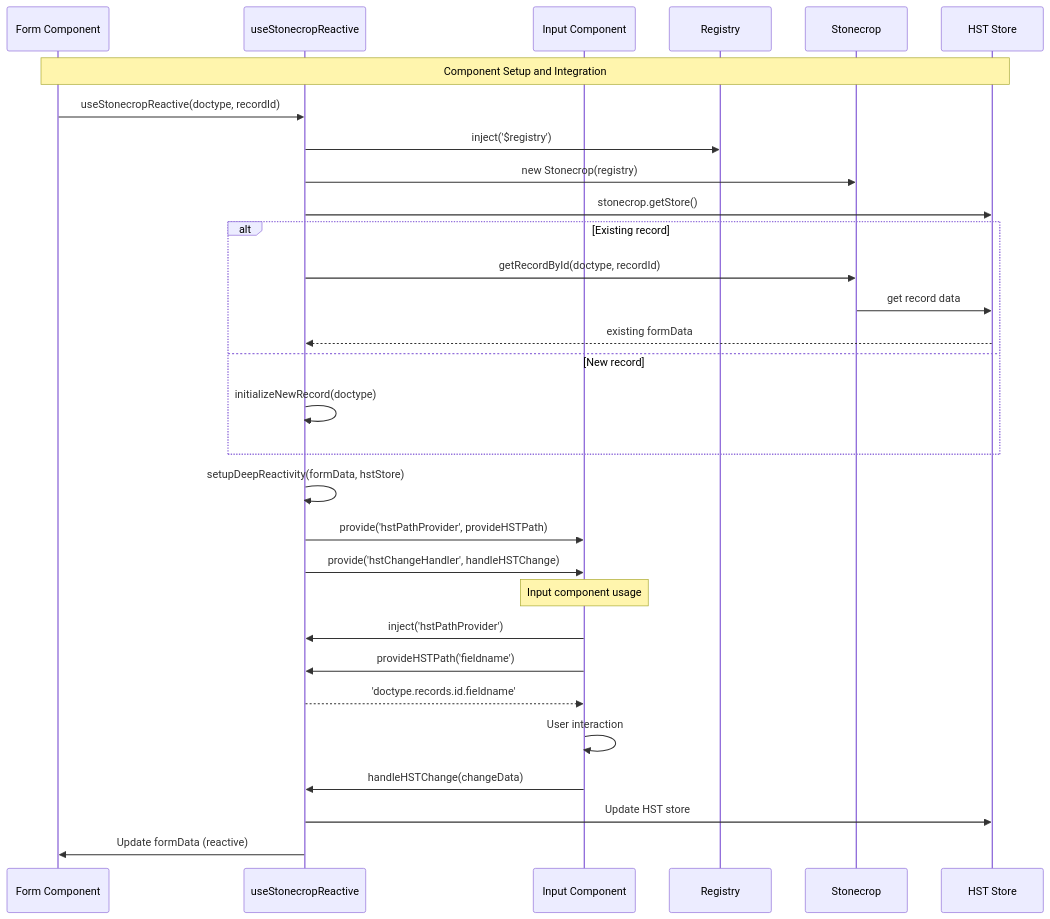
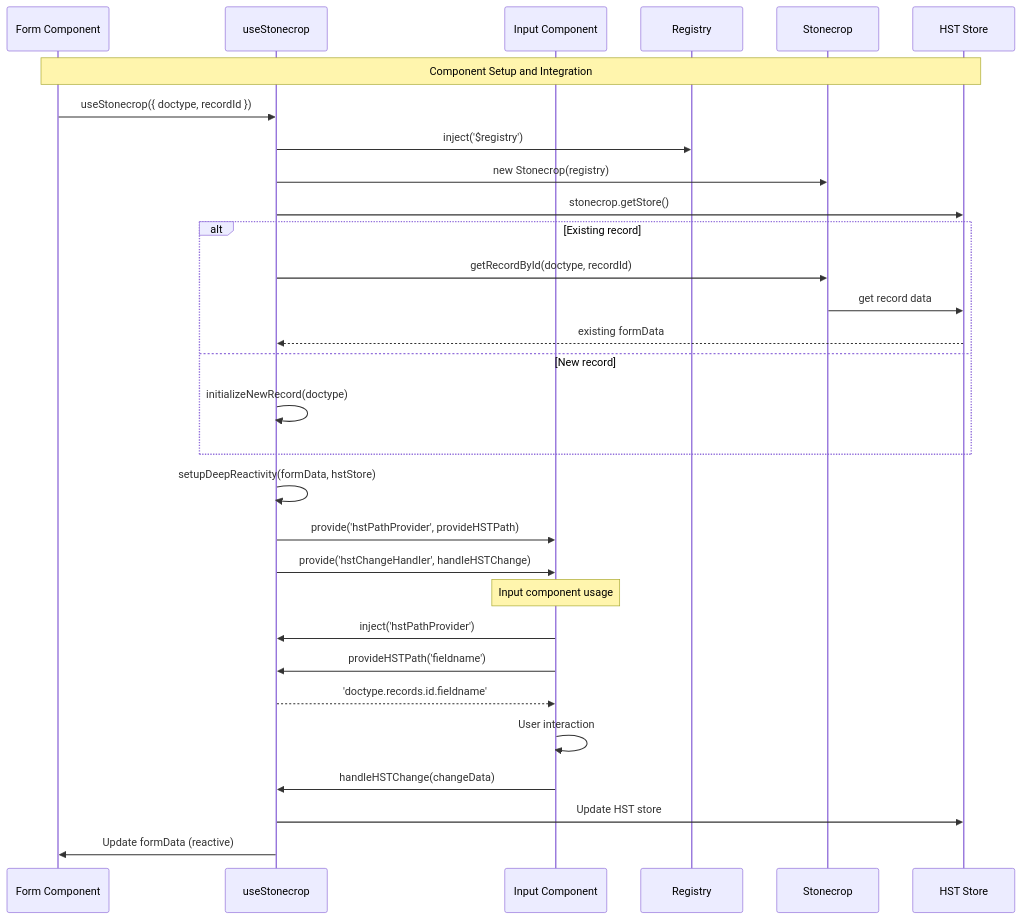
The fourth of 6 diagrams in stonecrop/HST.md (agritheory/stonecrop), drawn with Mermaid before and after one commit. The commit also changed other lines of this file and 8 other files, not shown here.

````diff
--- a/stonecrop/HST.md
+++ b/stonecrop/HST.md
@@ -152,41 +151,41 @@
 ```mermaid
 sequenceDiagram
     participant FC as Form Component
-    participant USR as useStonecropReactive
+    participant US as useStonecrop
     participant IC as Input Component
     participant REG as Registry
     participant SC as Stonecrop
     participant HST as HST Store
 
     Note over FC,HST: Component Setup and Integration
 
-    FC->>USR: useStonecropReactive(doctype, recordId)
+    FC->>US: useStonecrop({ doctype, recordId })
 
-    USR->>REG: inject('$registry')
-    USR->>SC: new Stonecrop(registry)
-    USR->>HST: stonecrop.getStore()
+    US->>REG: inject('$registry')
+    US->>SC: new Stonecrop(registry)
+    US->>HST: stonecrop.getStore()
 
     alt Existing record
-        USR->>SC: getRecordById(doctype, recordId)
+        US->>SC: getRecordById(doctype, recordId)
         SC->>HST: get record data
-        HST-->>USR: existing formData
+        HST-->>US: existing formData
     else New record
-        USR->>USR: initializeNewRecord(doctype)
+        US->>US: initializeNewRecord(doctype)
     end
 
-    USR->>USR: setupDeepReactivity(formData, hstStore)
+    US->>US: setupDeepReactivity(formData, hstStore)
 
-    USR->>IC: provide('hstPathProvider', provideHSTPath)
-    USR->>IC: provide('hstChangeHandler', handleHSTChange)
+    US->>IC: provide('hstPathProvider', provideHSTPath)
+    US->>IC: provide('hstChangeHandler', handleHSTChange)
 
     Note over IC: Input component usage
-    IC->>USR: inject('hstPathProvider')
-    IC->>USR: provideHSTPath('fieldname')
-    USR-->>IC: 'doctype.records.id.fieldname'
+    IC->>US: inject('hstPathProvider')
+    IC->>US: provideHSTPath('fieldname')
+    US-->>IC: 'doctype.records.id.fieldname'
 
     IC->>IC: User interaction
-    IC->>USR: handleHSTChange(changeData)
+    IC->>US: handleHSTChange(changeData)
 
-    USR->>HST: Update HST store
-    USR->>FC: Update formData (reactive)
+    US->>HST: Update HST store
+    US->>FC: Update formData (reactive)
 ```
````
